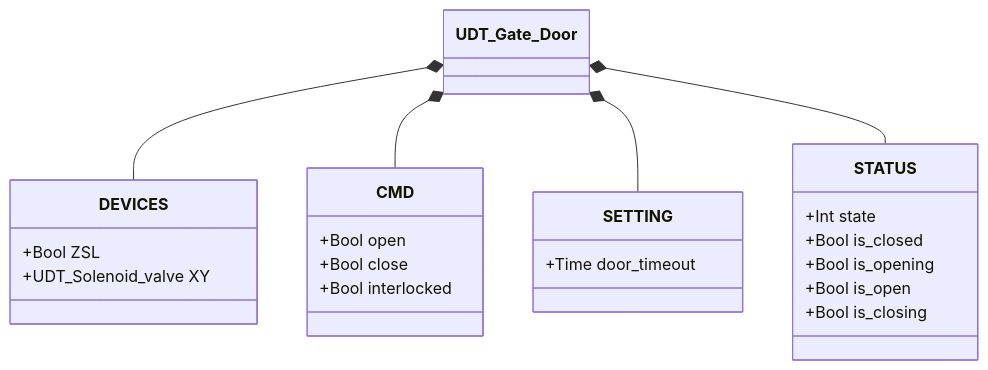
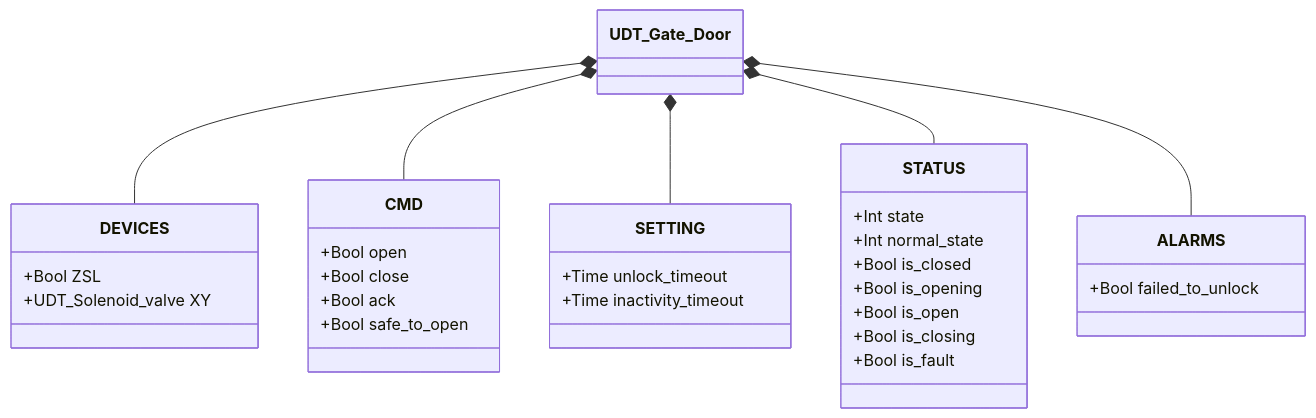
One commit to AleFire99/TIA_knowledge changed the second of 2 diagrams in docs/library/gate/index.en.md. Above: the diagram before and after it, drawn with Mermaid. The commit also changed other lines of this file and 199 other files, not shown here.

````diff
--- a/docs/library/gate/index.en.md
+++ b/docs/library/gate/index.en.md
@@ -69,27 +98,35 @@
 ```mermaid
 classDiagram
     class UDT_Gate_Door
     class DEVICES {
         +Bool ZSL
         +UDT_Solenoid_valve XY
     }
     class CMD {
         +Bool open
         +Bool close
-        +Bool interlocked
+        +Bool ack
+        +Bool safe_to_open
     }
     class SETTING {
-        +Time door_timeout
+        +Time unlock_timeout
+        +Time inactivity_timeout
     }
     class STATUS {
         +Int state
+        +Int normal_state
         +Bool is_closed
         +Bool is_opening
         +Bool is_open
         +Bool is_closing
+        +Bool is_fault
+    }
+    class ALARMS {
+        +Bool failed_to_unlock
     }
     UDT_Gate_Door *-- DEVICES
     UDT_Gate_Door *-- CMD
     UDT_Gate_Door *-- SETTING
     UDT_Gate_Door *-- STATUS
+    UDT_Gate_Door *-- ALARMS
 ```
````
